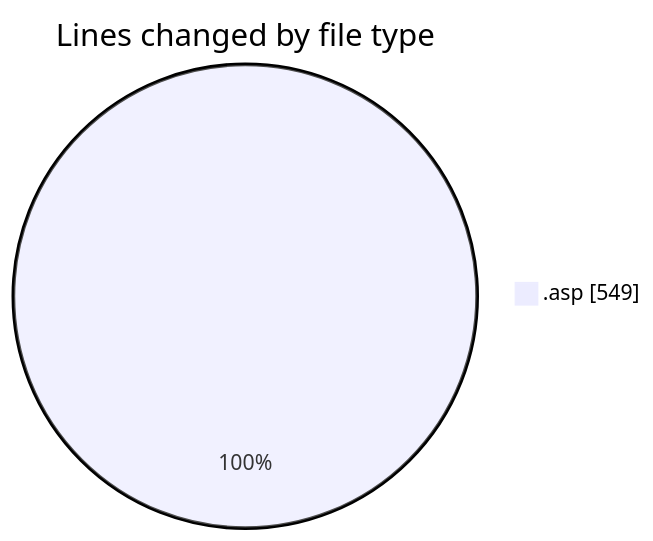
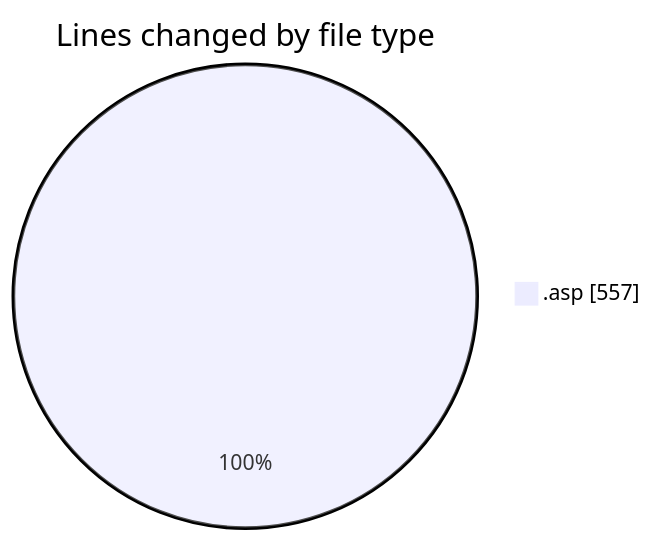
Before and after one commit to julien-gomy/code-tracking: the first of 2 diagrams in 2025-11-08/usr_aleoudev_fr__workspace_/README.md, drawn with Mermaid. The commit also changed other lines of this file and 1 other file, not shown here.

````diff
--- a/2025-11-08/usr_aleoudev_fr__workspace_/README.md
+++ b/2025-11-08/usr_aleoudev_fr__workspace_/README.md
@@ -21,5 +21,5 @@
 ```mermaid
 pie showData
 title Lines changed by file type
-".asp" : 549
+".asp" : 557
 ```
````
